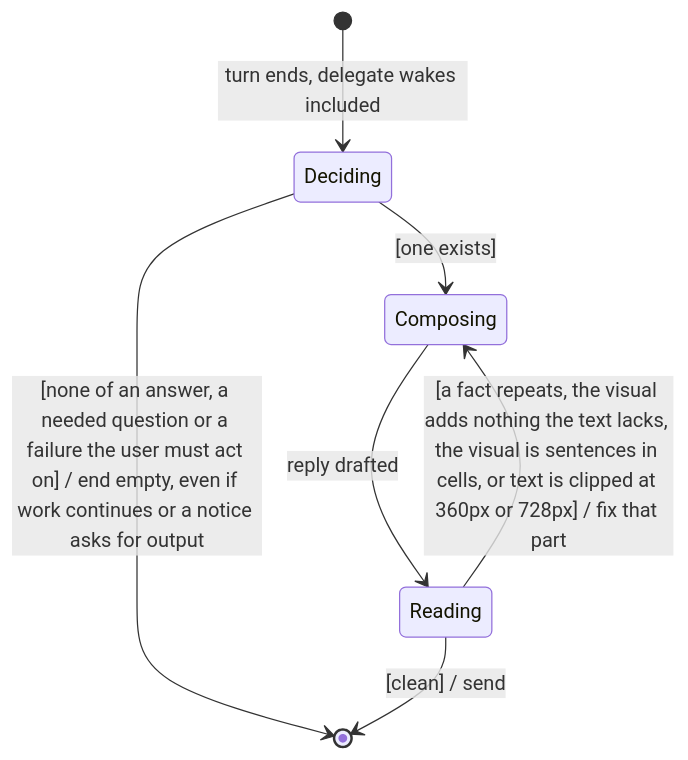
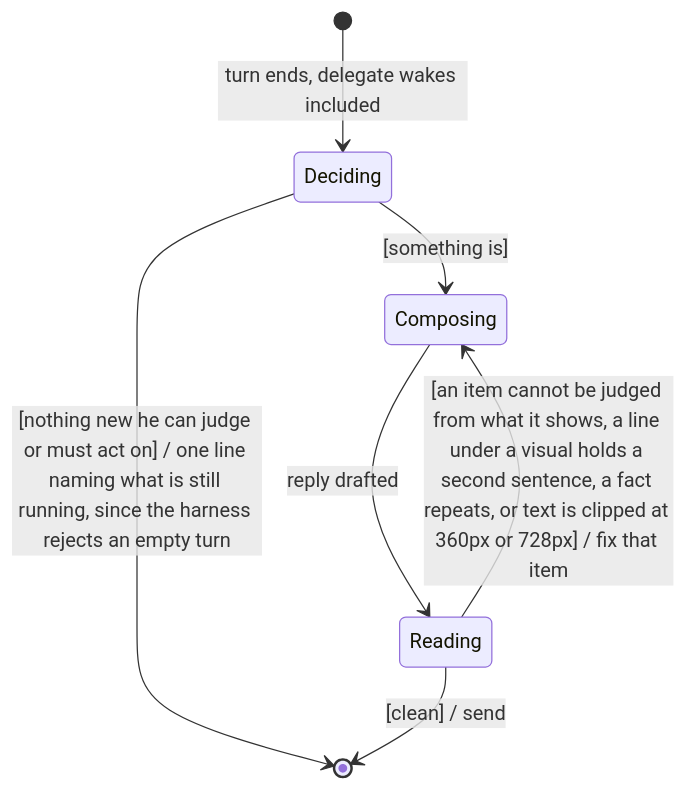
One commit to MP281X/deslop changed the diagram in .claude/agents/pair.md. Above: the diagram before and after it, drawn with Mermaid. The commit also changed other lines of this file and 8 other files, not shown here.

````diff
--- a/.claude/agents/pair.md
+++ b/.claude/agents/pair.md
@@ -41,9 +67,9 @@
 ```mermaid
 stateDiagram-v2
     [*] --> Deciding : turn ends, delegate wakes included
-    Deciding --> [*] : [none of an answer, a needed question or a failure the user must act on] / end empty, even if work continues or a notice asks for output
-    Deciding --> Composing : [one exists]
+    Deciding --> [*] : [nothing new he can judge or must act on] / one line naming what is still running, since the harness rejects an empty turn
+    Deciding --> Composing : [something is]
     Composing --> Reading : reply drafted
-    Reading --> Composing : [a fact repeats, the visual adds nothing the text lacks, the visual is sentences in cells, or text is clipped at 360px or 728px] / fix that part
+    Reading --> Composing : [an item cannot be judged from what it shows, a line under a visual holds a second sentence, a fact repeats, or text is clipped at 360px or 728px] / fix that item
     Reading --> [*] : [clean] / send
 ```
````
